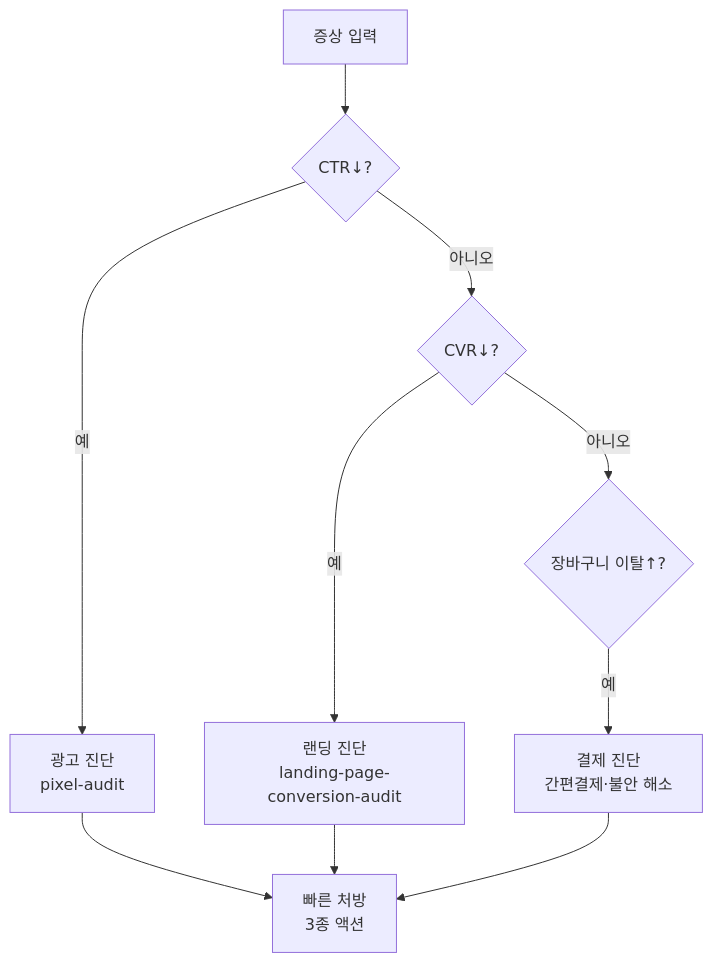
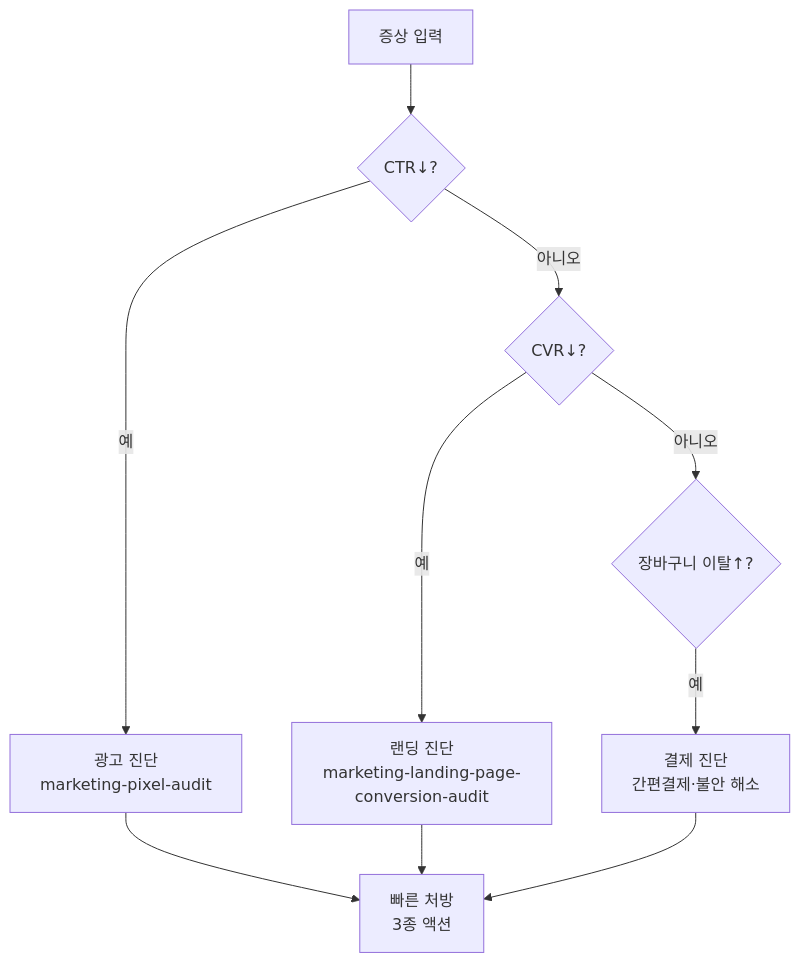
The second of 3 diagrams in www/content/cookbook/tracks/track-advertising.md (modu-ai/cowork-plugins), drawn with Mermaid before and after one commit. The commit also changed other lines of this file and 45 other files, not shown here.

First line of the commit message:
docs(www): 스킬명 정합 + 깨진 링크 수정 + mermaid 보강

````diff
--- a/www/content/cookbook/tracks/track-advertising.md
+++ b/www/content/cookbook/tracks/track-advertising.md
@@ -102,12 +102,12 @@
 ```mermaid
 flowchart TD
    Q["증상 입력"] --> D1{"CTR↓?"}
-   D1 -->|예| AD["광고 진단<br/>pixel-audit"]
+   D1 -->|예| AD["광고 진단<br/>marketing-pixel-audit"]
    D1 -->|아니오| D2{"CVR↓?"}
-   D2 -->|예| LP["랜딩 진단<br/>landing-page-conversion-audit"]
+   D2 -->|예| LP["랜딩 진단<br/>marketing-landing-page-conversion-audit"]
    D2 -->|아니오| D3{"장바구니 이탈↑?"}
    D3 -->|예| Pay["결제 진단<br/>간편결제·불안 해소"]
    AD --> Fix["빠른 처방<br/>3종 액션"]
    LP --> Fix
    Pay --> Fix
 ```
````
